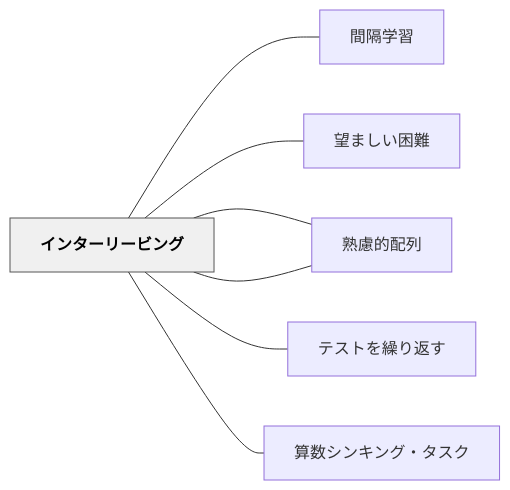
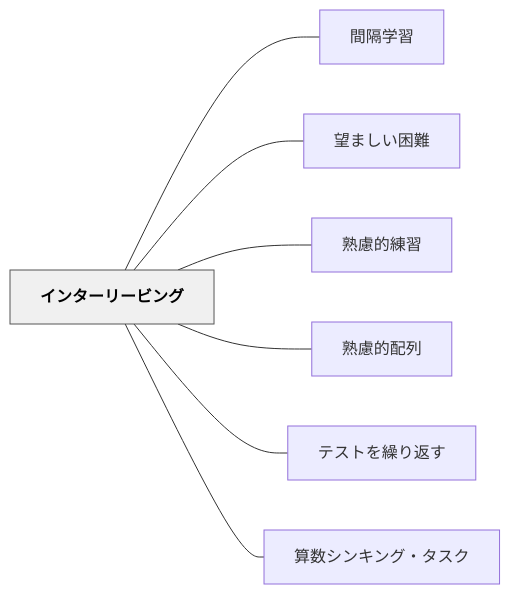
Before and after one commit to unknownthings-ed-patterns/unknownthings-ed-patterns: the diagram in content/パタン/インターリービング.md, drawn with Mermaid. The commit also changed 527 other files, not shown here.

````diff
--- a/content/パタン/インターリービング.md
+++ b/content/パタン/インターリービング.md
@@ -132,20 +132,20 @@
 ```mermaid
 flowchart LR
-    ne382a4e383b3["インターリービング"]
-    ne99693e99a94["間隔学習"]
-    ne69c9be381be["望ましい困難"]
-    ne7869fe685ae["熟慮的練習"]
-    ne7869fe685ae["熟慮的配列"]
-    ne38386e382b9["テストを繰り返す"]
-    ne7ae97e695b0["算数シンキング・タスク"]
+    ne382a4e383b3e382bfe383bce383aae383bce38393e383b3e382b0["インターリービング"]
+    ne99693e99a94e5ada6e7bf92["間隔学習"]
+    ne69c9be381bee38197e38184e59bb0e99ba3["望ましい困難"]
+    ne7869fe685aee79a84e7b7b4e7bf92["熟慮的練習"]
+    ne7869fe685aee79a84e9858de58897["熟慮的配列"]
+    ne38386e382b9e38388e38292e7b9b0e3828ae8bf94e38199["テストを繰り返す"]
+    ne7ae97e695b0e382b7e383b3e382ade383b3e382b0e383bbe382bfe382b9e382af["算数シンキング・タスク"]
 
-    ne382a4e383b3 --- ne99693e99a94
-    ne382a4e383b3 --- ne69c9be381be
-    ne382a4e383b3 --- ne7869fe685ae
-    ne382a4e383b3 --- ne7869fe685ae
-    ne382a4e383b3 --- ne38386e382b9
-    ne382a4e383b3 --- ne7ae97e695b0
+    ne382a4e383b3e382bfe383bce383aae383bce38393e383b3e382b0 --- ne99693e99a94e5ada6e7bf92
+    ne382a4e383b3e382bfe383bce383aae383bce38393e383b3e382b0 --- ne69c9be381bee38197e38184e59bb0e99ba3
+    ne382a4e383b3e382bfe383bce383aae383bce38393e383b3e382b0 --- ne7869fe685aee79a84e7b7b4e7bf92
+    ne382a4e383b3e382bfe383bce383aae383bce38393e383b3e382b0 --- ne7869fe685aee79a84e9858de58897
+    ne382a4e383b3e382bfe383bce383aae383bce38393e383b3e382b0 --- ne38386e382b9e38388e38292e7b9b0e3828ae8bf94e38199
+    ne382a4e383b3e382bfe383bce383aae383bce38393e383b3e382b0 --- ne7ae97e695b0e382b7e383b3e382ade383b3e382b0e383bbe382bfe382b9e382af
 
     classDef hub fill:#f0f0f0,stroke:#555,color:#000,font-weight:bold
-    class ne382a4e383b3 hub
+    class ne382a4e383b3e382bfe383bce383aae383bce38393e383b3e382b0 hub
 ```
````
